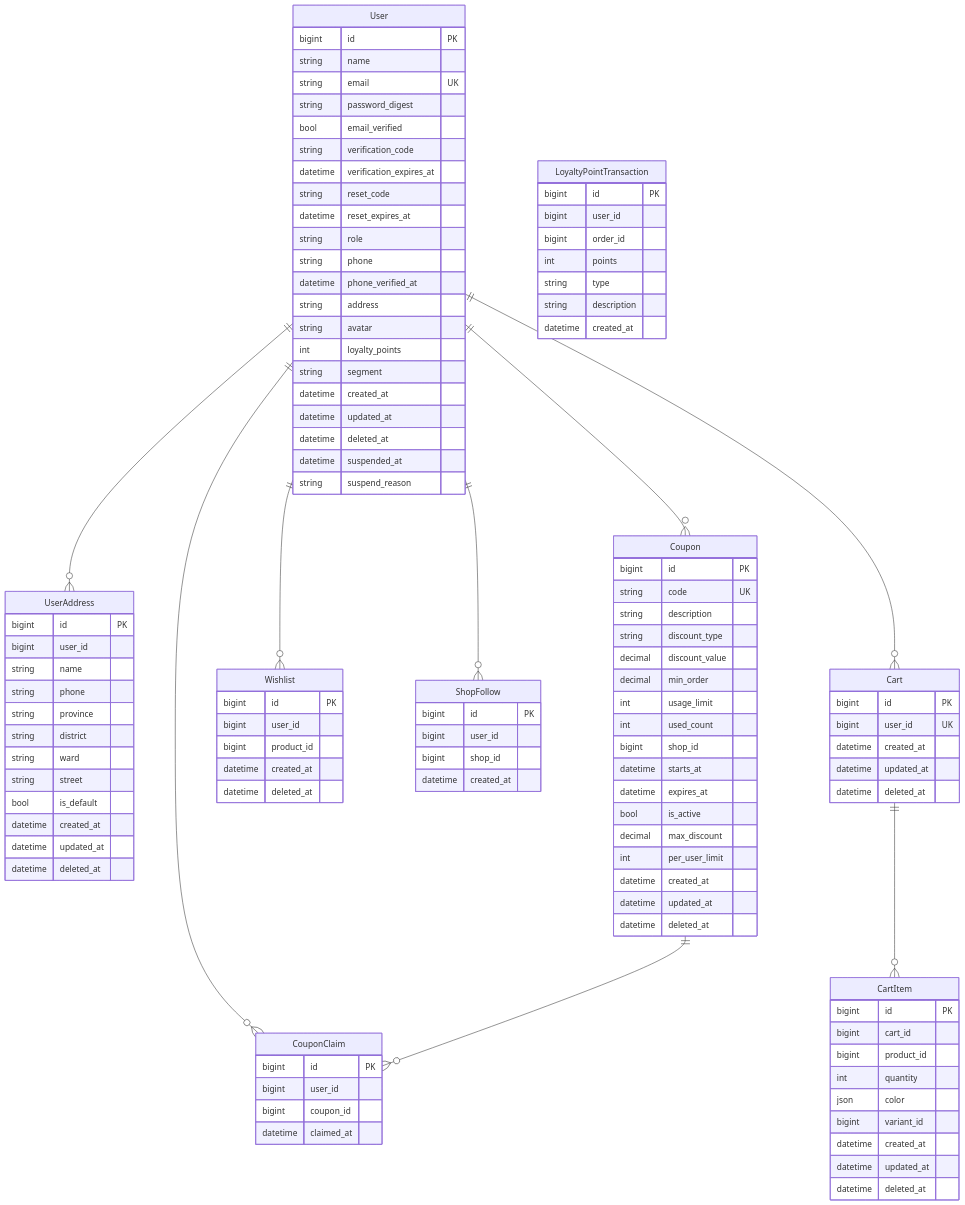
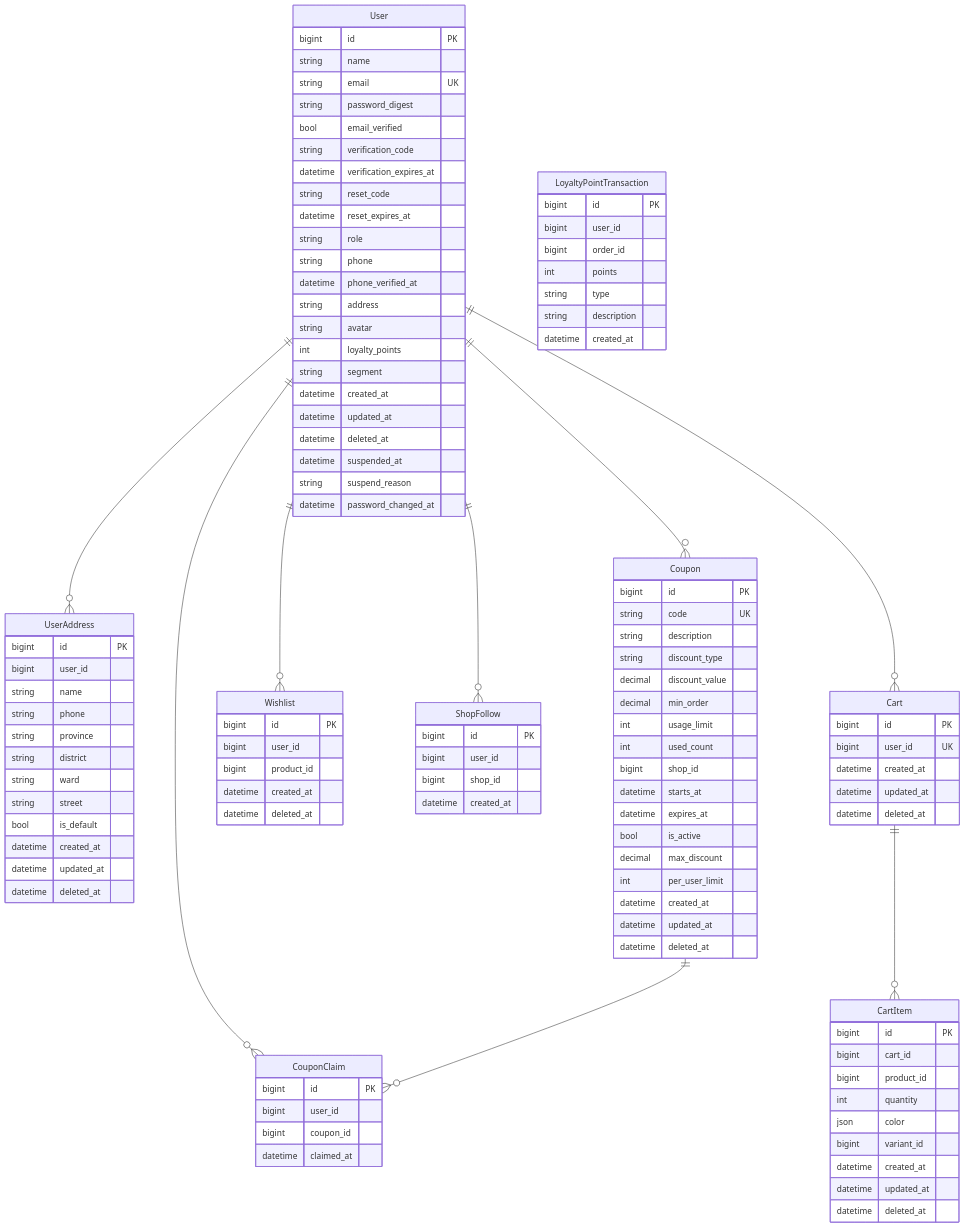
Before and after one commit to nguyenxduc/electric-ecommerce: the second of 6 diagrams in backend/docs/erd.md, drawn with Mermaid. The commit also changed 10 other files, not shown here.

```diff
--- a/backend/docs/erd.md
+++ b/backend/docs/erd.md
@@ -213,6 +213,7 @@
     datetime deleted_at
     datetime suspended_at
     string suspend_reason
+    datetime password_changed_at
   }
   UserAddress {
     bigint id "PK"
```
